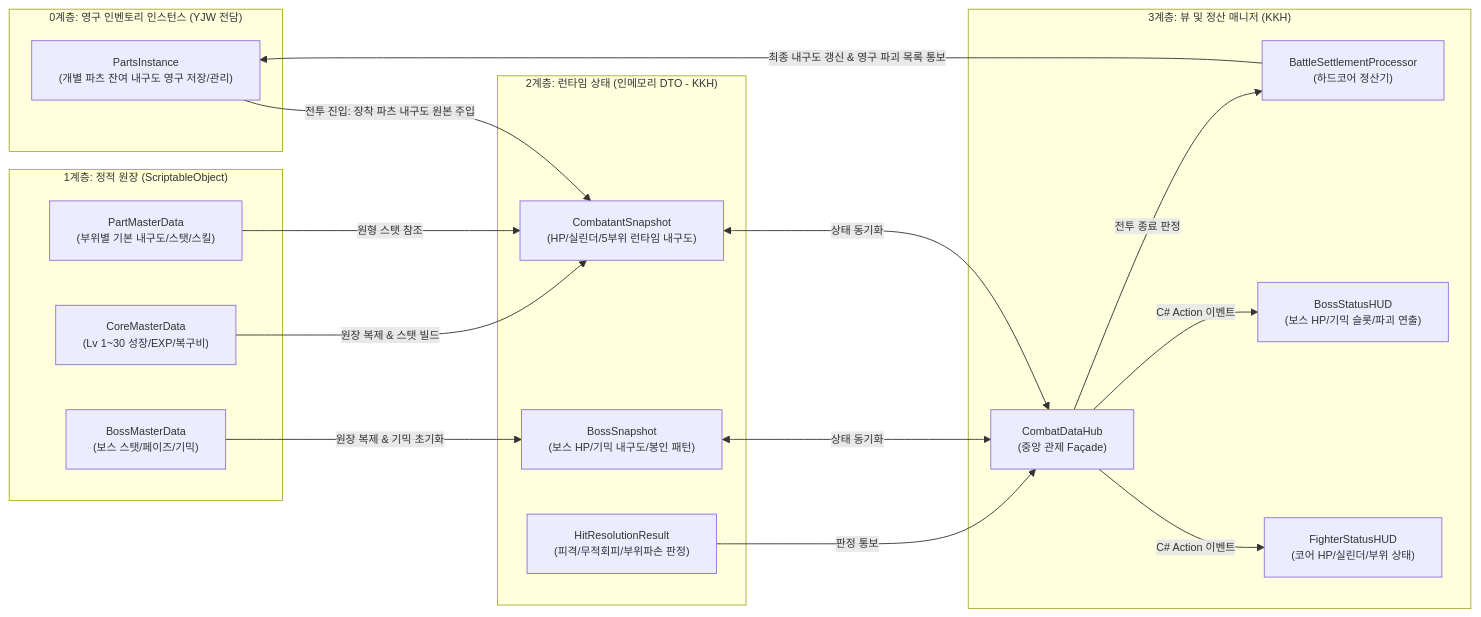
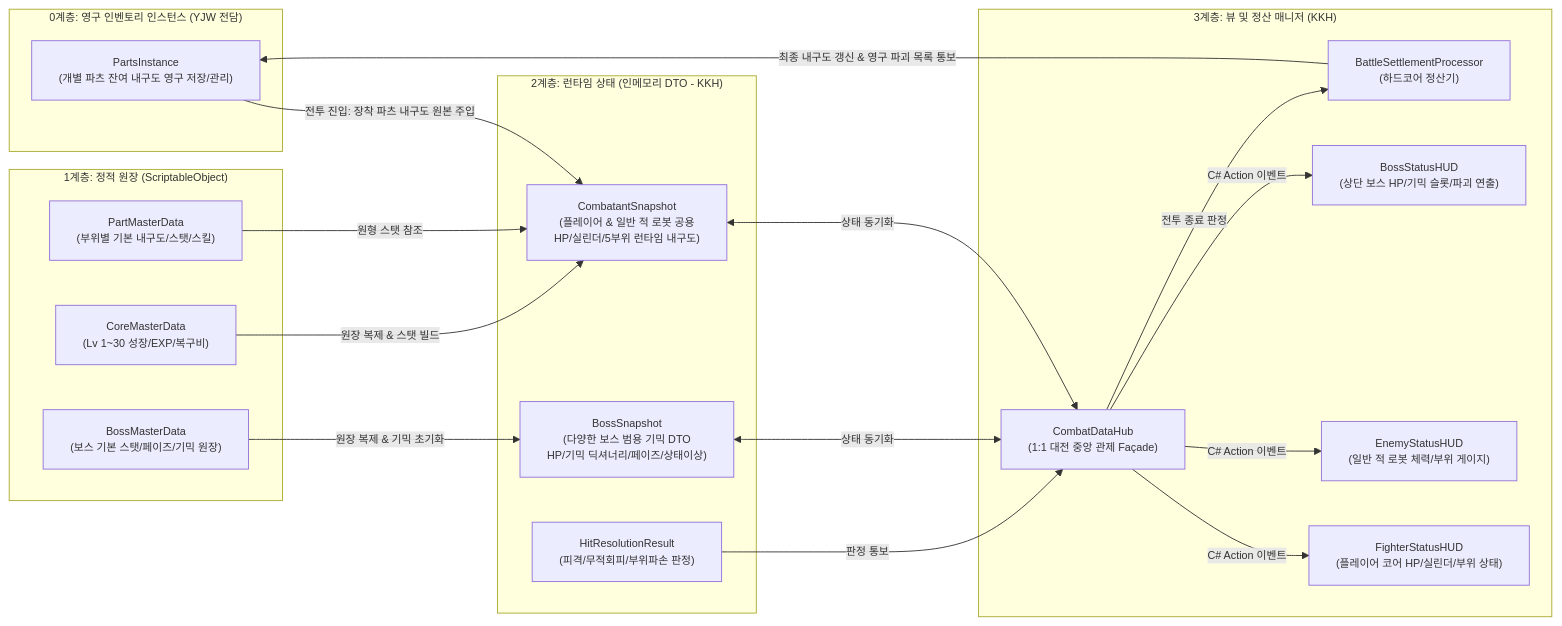
One commit to Kimdoeon52/2026_Com2us_Project changed the second of 5 diagrams in Assets/KKH/06.Document/BattleManager_Architecture.md. Above: the diagram before and after it, drawn with Mermaid. The commit also changed other lines of this file and 5 other files, not shown here.

````diff
--- a/Assets/KKH/06.Document/BattleManager_Architecture.md
+++ b/Assets/KKH/06.Document/BattleManager_Architecture.md
@@ -118,40 +133,42 @@
 ```mermaid
 %%{init: {'themeVariables': { 'fontSize': '12px' }}}%%
 flowchart LR
     subgraph Layer0["0계층: 영구 인벤토리 인스턴스 (YJW 전담)"]
         YJW_Inv["PartsInstance<br/>(개별 파츠 잔여 내구도 영구 저장/관리)"]
     end
 
     subgraph Layer1["1계층: 정적 원장 (ScriptableObject)"]
         PartSO["PartMasterData<br/>(부위별 기본 내구도/스탯/스킬)"]
         CoreSO["CoreMasterData<br/>(Lv 1~30 성장/EXP/복구비)"]
-        BossSO["BossMasterData<br/>(보스 스탯/페이즈/기믹)"]
+        BossSO["BossMasterData<br/>(보스 기본 스탯/페이즈/기믹 원장)"]
     end
 
     subgraph Layer2["2계층: 런타임 상태 (인메모리 DTO - KKH)"]
-        CombatantSnap["CombatantSnapshot<br/>(HP/실린더/5부위 런타임 내구도)"]
-        BossSnap["BossSnapshot<br/>(보스 HP/기믹 내구도/봉인 패턴)"]
+        CombatantSnap["CombatantSnapshot<br/>(플레이어 & 일반 적 로봇 공용<br/>HP/실린더/5부위 런타임 내구도)"]
+        BossSnap["BossSnapshot<br/>(다양한 보스 범용 기믹 DTO<br/>HP/기믹 딕셔너리/페이즈/상태이상)"]
         HitResult["HitResolutionResult<br/>(피격/무적회피/부위파손 판정)"]
     end
 
     subgraph Layer3["3계층: 뷰 및 정산 매니저 (KKH)"]
-        Hub["CombatDataHub<br/>(중앙 관제 Façade)"]
+        Hub["CombatDataHub<br/>(1:1 대전 중앙 관제 Façade)"]
         Settlement["BattleSettlementProcessor<br/>(하드코어 정산기)"]
-        PlayerHUD["FighterStatusHUD<br/>(코어 HP/실린더/부위 상태)"]
-        BossHUD["BossStatusHUD<br/>(보스 HP/기믹 슬롯/파괴 연출)"]
+        PlayerHUD["FighterStatusHUD<br/>(플레이어 코어 HP/실린더/부위 상태)"]
+        EnemyHUD["EnemyStatusHUD<br/>(일반 적 로봇 체력/부위 게이지)"]
+        BossHUD["BossStatusHUD<br/>(상단 보스 HP/기믹 슬롯/파괴 연출)"]
     end
 
     PartSO -->|"원형 스탯 참조"| CombatantSnap
     CoreSO -->|"원장 복제 & 스탯 빌드"| CombatantSnap
     YJW_Inv -->|"전투 진입: 장착 파츠 내구도 원본 주입"| CombatantSnap
     BossSO -->|"원장 복제 & 기믹 초기화"| BossSnap
 
     CombatantSnap <-->|"상태 동기화"| Hub
     BossSnap <-->|"상태 동기화"| Hub
     HitResult -->|"판정 통보"| Hub
 
     Hub -->|"C# Action 이벤트"| PlayerHUD
+    Hub -->|"C# Action 이벤트"| EnemyHUD
     Hub -->|"C# Action 이벤트"| BossHUD
     Hub -->|"전투 종료 판정"| Settlement
     Settlement -->|"최종 내구도 갱신 & 영구 파괴 목록 통보"| YJW_Inv
 ```
````
